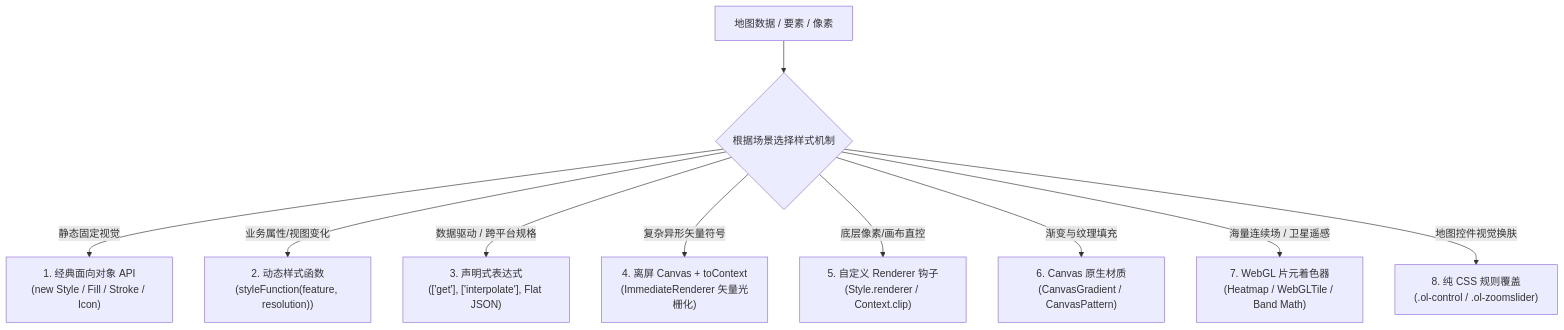
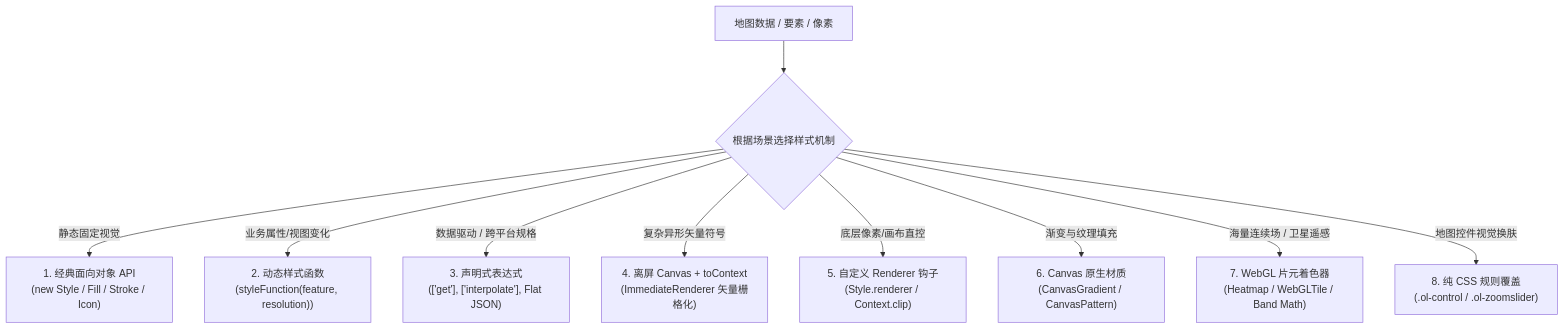
One commit to gisnotes/openlayers changed the first of 2 diagrams in site/summary/openlayers-style-guide.md. Above: the diagram before and after it, drawn with Mermaid. The commit also changed other lines of this file and 150 other files, not shown here.

````diff
--- a/site/summary/openlayers-style-guide.md
+++ b/site/summary/openlayers-style-guide.md
@@ -65,13 +65,13 @@
 ```mermaid
 flowchart TD
     Data["地图数据 / 要素 / 像素"] --> Choice{"根据场景选择样式机制"}
     
     Choice -->|"静态固定视觉"| M1["1. 经典面向对象 API\n(new Style / Fill / Stroke / Icon)"]
     Choice -->|"业务属性/视图变化"| M2["2. 动态样式函数\n(styleFunction(feature, resolution))"]
     Choice -->|"数据驱动 / 跨平台规格"| M3["3. 声明式表达式\n(['get'], ['interpolate'], Flat JSON)"]
-    Choice -->|"复杂异形矢量符号"| M4["4. 离屏 Canvas + toContext\n(ImmediateRenderer 矢量光栅化)"]
+    Choice -->|"复杂异形矢量符号"| M4["4. 离屏 Canvas + toContext\n(ImmediateRenderer 矢量栅格化)"]
     Choice -->|"底层像素/画布直控"| M5["5. 自定义 Renderer 钩子\n(Style.renderer / Context.clip)"]
     Choice -->|"渐变与纹理填充"| M6["6. Canvas 原生材质\n(CanvasGradient / CanvasPattern)"]
     Choice -->|"海量连续场 / 卫星遥感"| M7["7. WebGL 片元着色器\n(Heatmap / WebGLTile / Band Math)"]
     Choice -->|"地图控件视觉换肤"| M8["8. 纯 CSS 规则覆盖\n(.ol-control / .ol-zoomslider)"]
 ```
````
